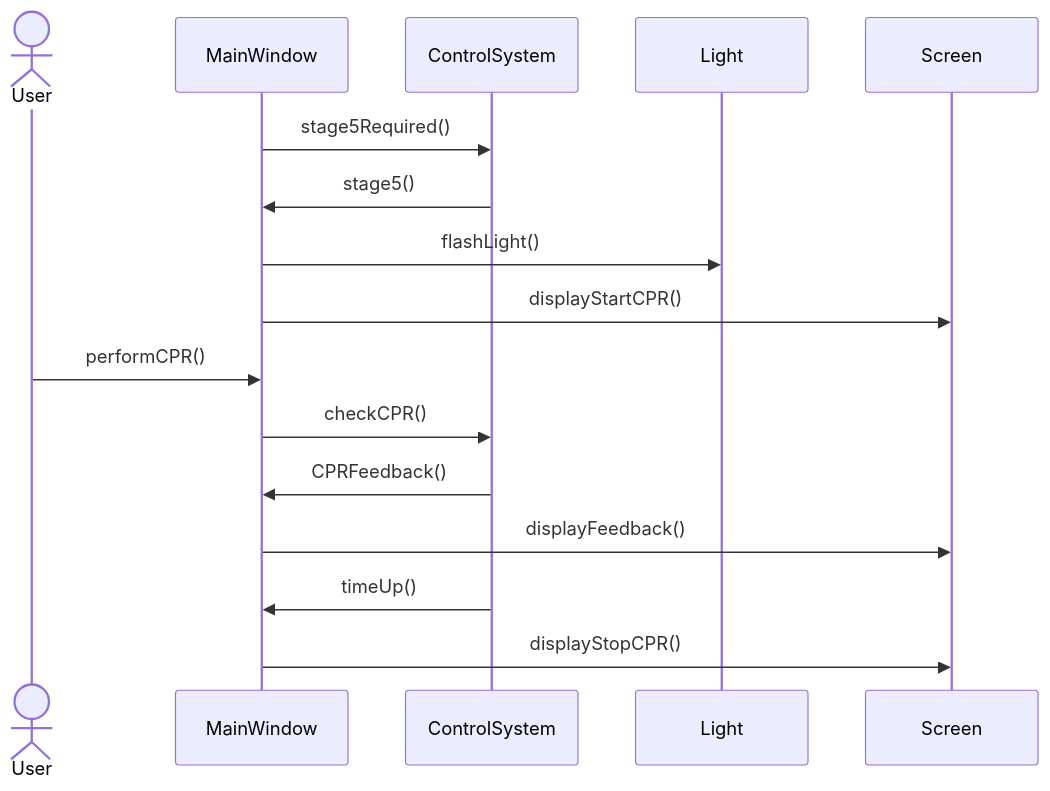
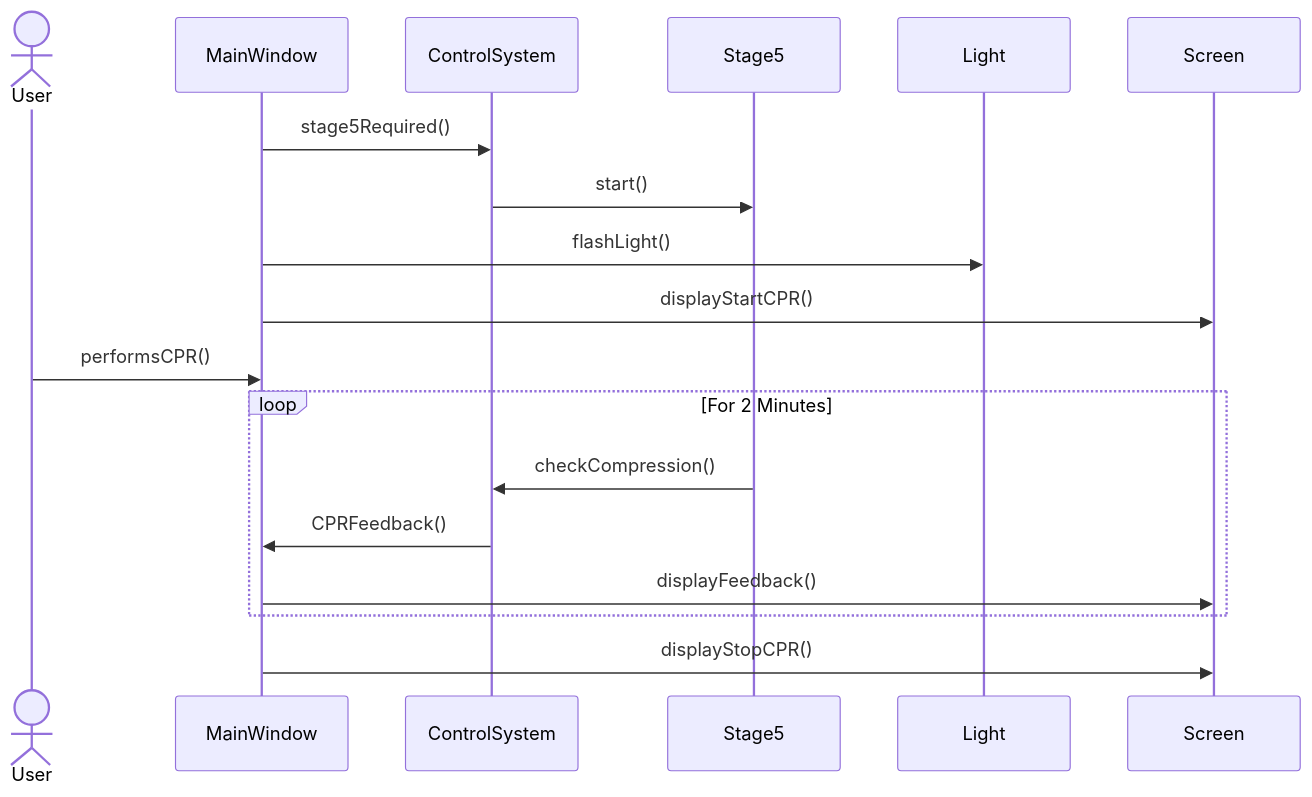
The fifth of 7 diagrams in README.md (SaturnOperator/AED-System), drawn with Mermaid before and after one commit. The commit also changed other lines of this file, not shown here.

````diff
--- a/README.md
+++ b/README.md
@@ -117,18 +107,15 @@
 ```mermaid
 sequenceDiagram
 actor User
-participant MainWindow
-participant ControlSystem
-participant Light
-participant Screen
     MainWindow->>ControlSystem: stage5Required()
-    ControlSystem->>MainWindow: stage5()
+    ControlSystem->>Stage5: start()
     MainWindow->>Light: flashLight()
     MainWindow->>Screen: displayStartCPR()
-    User->>MainWindow: performCPR()
-    MainWindow->>ControlSystem: checkCPR()
+    User->>MainWindow: performsCPR()
+    loop For 2 Minutes
+    Stage5->>ControlSystem: checkCompression()
     ControlSystem->>MainWindow: CPRFeedback()
     MainWindow->>Screen: displayFeedback()
-    ControlSystem->>MainWindow: timeUp()
+    end
     MainWindow->>Screen: displayStopCPR()
 ```
````
